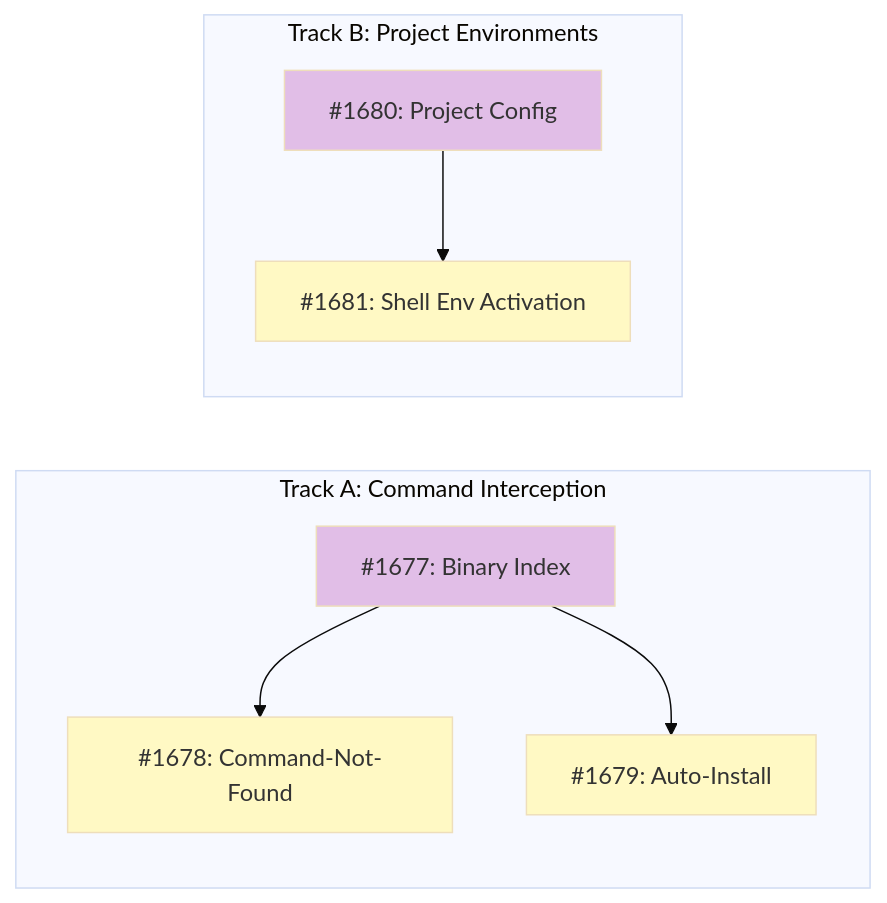
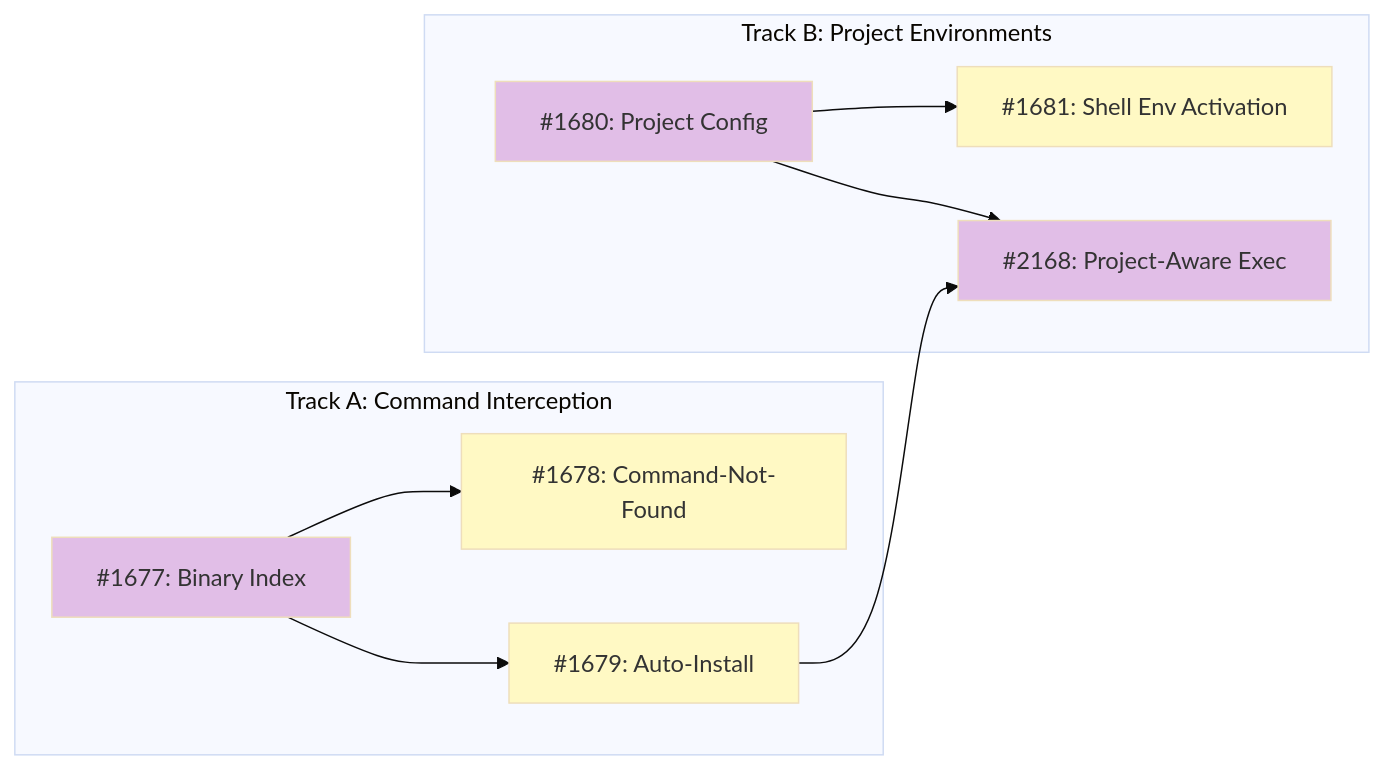
One commit to tsukumogami/tsuku changed the diagram in docs/designs/DESIGN-shell-integration-building-blocks.md. Above: the diagram before and after it, drawn with Mermaid (base theme). The commit also changed other lines of this file and 7 other files, not shown here.

First line of the commit message:
docs(design): add Block 6 (project-aware exec wrapper) to shell integration design

````diff
--- a/docs/designs/DESIGN-shell-integration-building-blocks.md
+++ b/docs/designs/DESIGN-shell-integration-building-blocks.md
@@ -36,25 +38,29 @@
 ```mermaid
 graph LR
     subgraph TrackA["Track A: Command Interception"]
         I1677["#1677: Binary Index"]
         I1678["#1678: Command-Not-Found"]
         I1679["#1679: Auto-Install"]
     end
 
     subgraph TrackB["Track B: Project Environments"]
         I1680["#1680: Project Config"]
         I1681["#1681: Shell Env Activation"]
+        I2168["#2168: Project-Aware Exec"]
     end
 
     I1677 --> I1678
     I1677 --> I1679
     I1680 --> I1681
+    I1679 --> I2168
+    I1680 --> I2168
 
     classDef done fill:#c8e6c9
     classDef ready fill:#bbdefb
     classDef blocked fill:#fff9c4
     classDef needsDesign fill:#e1bee7
 
     class I1677,I1680 needsDesign
     class I1678,I1679,I1681 blocked
+    class I2168 needsDesign
 ```
````
